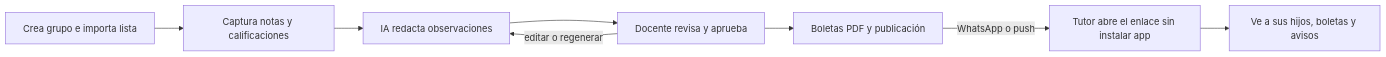
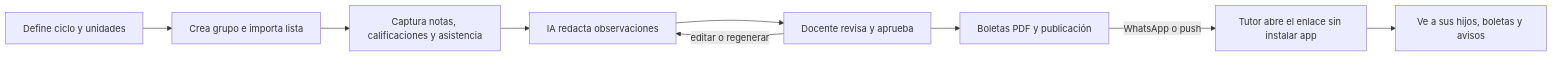
One commit to Salcidoprc/Aula-lista changed the diagram in docs/00-prd.md. Above: the diagram before and after it, drawn with Mermaid. The commit also changed other lines of this file and 10 other files, not shown here.

First line of the commit message:
docs: ciclo escolar con unidades, promedio por rubro y asistencia (SPEC-10)

````diff
--- a/docs/00-prd.md
+++ b/docs/00-prd.md
@@ -54,10 +54,11 @@
 ```mermaid
 flowchart LR
-  A[Crea grupo e importa lista] --> B[Captura notas y calificaciones]
+  Z[Define ciclo y unidades] --> A
+  A[Crea grupo e importa lista] --> B[Captura notas, calificaciones y asistencia]
   B --> C[IA redacta observaciones]
   C --> D[Docente revisa y aprueba]
   D -- editar o regenerar --> C
   D --> E[Boletas PDF y publicación]
   E -- WhatsApp o push --> F[Tutor abre el enlace sin instalar app]
   F --> G[Ve a sus hijos, boletas y avisos]
 ```
````
